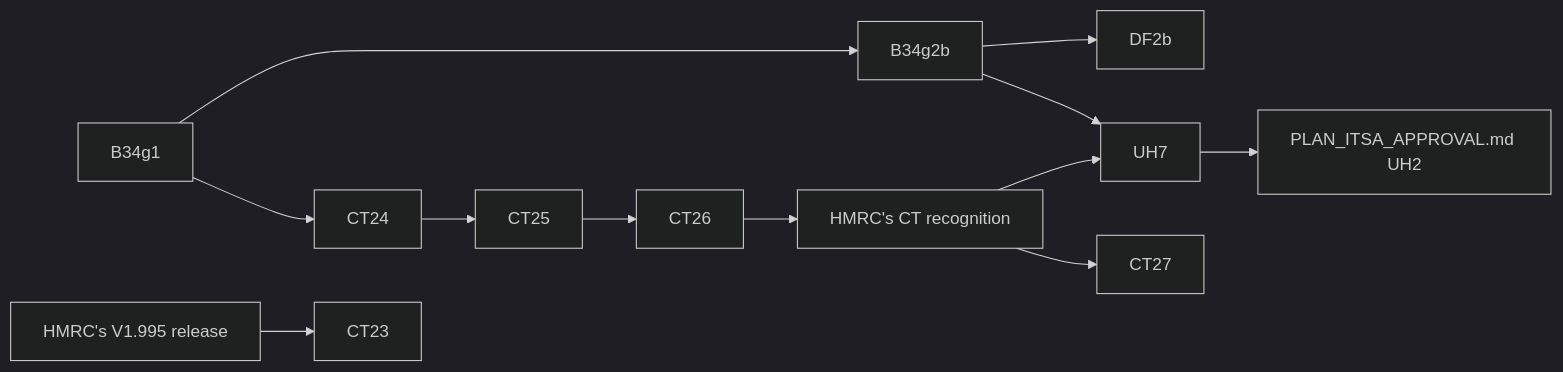
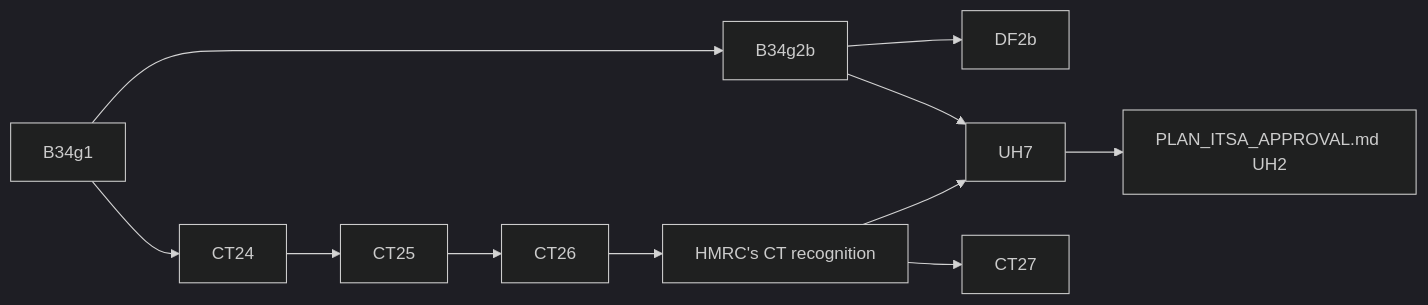
One commit to diy-accounting-uk/submit.diyaccounting.co.uk changed the diagram in PLAN_HMRC_CT_APPROVAL.md. Above: the diagram before and after it, drawn with Mermaid (dark theme). The commit also changed other lines of this file and 1 other file, not shown here.

First line of the commit message:
Drop CT23: the next CT600 RIM is new work when HMRC releases it (operator, 2026-11-11)

````diff
--- a/PLAN_HMRC_CT_APPROVAL.md
+++ b/PLAN_HMRC_CT_APPROVAL.md
@@ -78,14 +74,13 @@
 ```mermaid
 flowchart LR
     B34g1 --> B34g2b
     B34g1 --> CT24
     CT24 --> CT25
     CT25 --> CT26
     CT26 --> REC["HMRC's CT recognition"]
     REC --> UH7
     REC --> CT27
     B34g2b --> DF2b
     B34g2b --> UH7
     UH7 --> UH2["PLAN_ITSA_APPROVAL.md UH2"]
-    HMRC["HMRC's V1.995 release"] --> CT23
 ```
````
